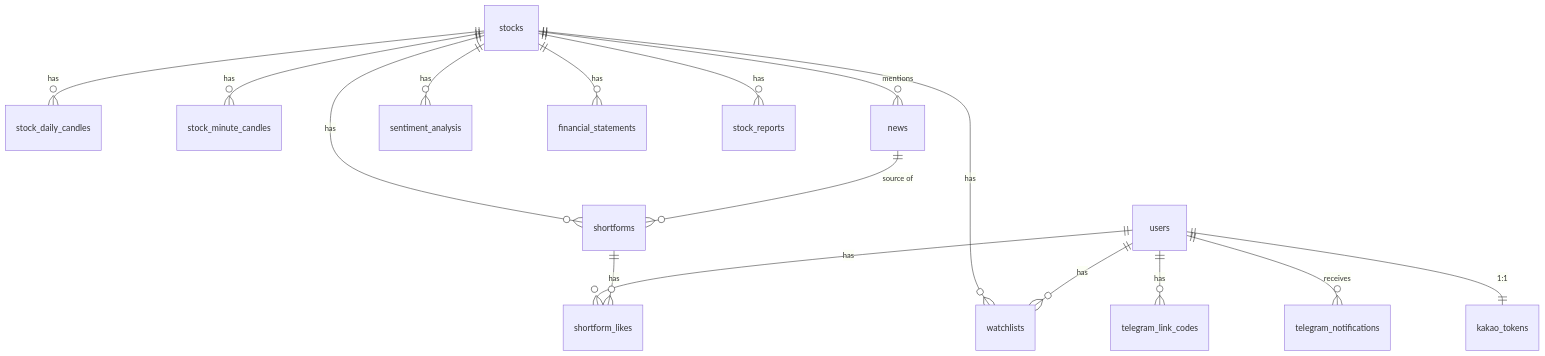
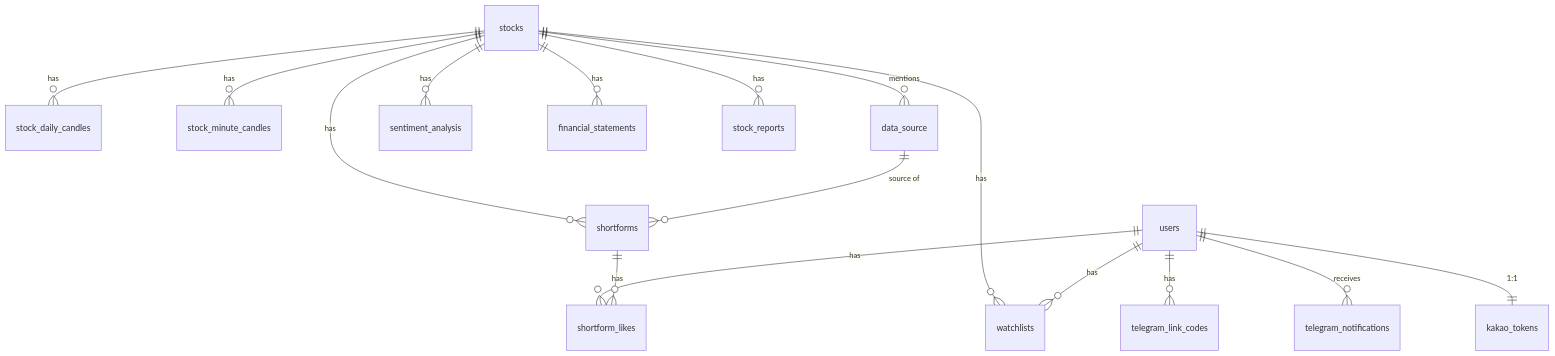
One commit to sesac-project3/sesac-dashboard changed the diagram in SCHEMA.md. Above: the diagram before and after it, drawn with Mermaid. The commit also changed other lines of this file and 3 other files, not shown here.

First line of the commit message:
fix: news 테이블명이 실제 배포된 data_source와 달라 조회가 깨지던 문제 수정

````diff
--- a/SCHEMA.md
+++ b/SCHEMA.md
@@ -148,18 +150,18 @@
 ```mermaid
 erDiagram
     stocks ||--o{ stock_daily_candles : has
     stocks ||--o{ stock_minute_candles : has
-    stocks ||--o{ news : mentions
+    stocks ||--o{ data_source : mentions
     stocks ||--o{ sentiment_analysis : has
     stocks ||--o{ financial_statements : has
     stocks ||--o{ stock_reports : has
     stocks ||--o{ shortforms : has
     stocks ||--o{ watchlists : has
-    news ||--o{ shortforms : "source of"
+    data_source ||--o{ shortforms : "source of"
     users ||--o{ watchlists : has
     users ||--o{ shortform_likes : has
     users ||--o{ telegram_link_codes : has
     users ||--o{ telegram_notifications : receives
     shortforms ||--o{ shortform_likes : has
     users ||--|| kakao_tokens : "1:1"
 ```
````
